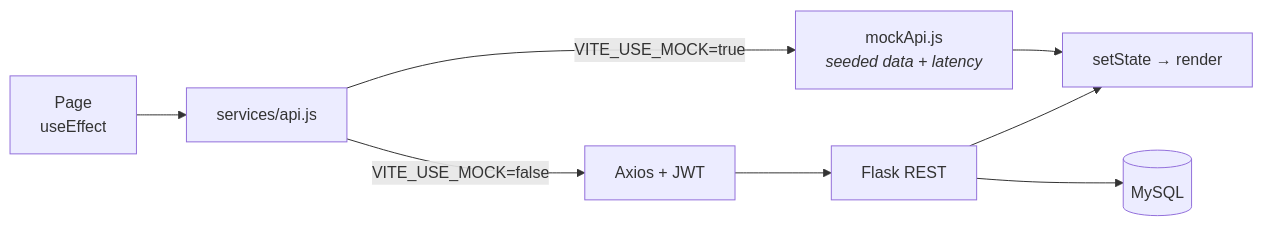
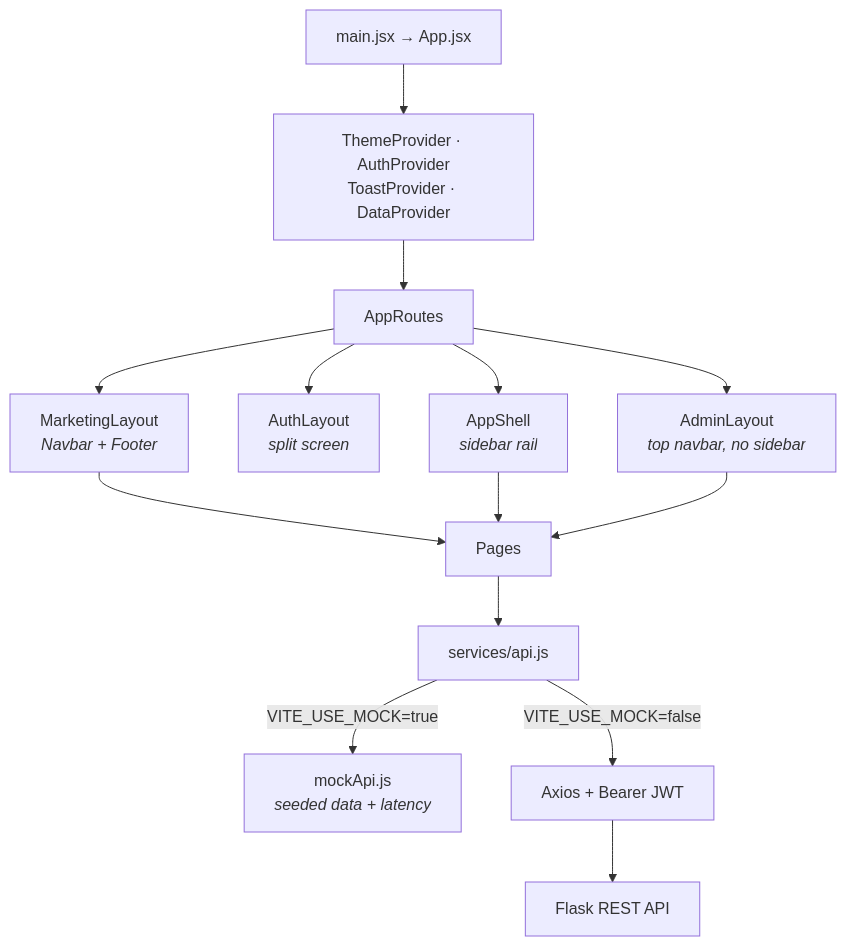
The second of 2 diagrams in README.md (git-rifa26/InsightMart), drawn with Mermaid before and after one commit. The commit also changed other lines of this file and 19 other files, not shown here.

Commit message:
admin portal layout is changed

````diff
--- a/README.md
+++ b/README.md
@@ -145,8 +95,16 @@
 ```mermaid
-flowchart LR
-    PG["Page<br/>useEffect"] --> GW["services/api.js"]
-    GW -->|VITE_USE_MOCK=true| MK["mockApi.js<br/><i>seeded data + latency</i>"]
-    GW -->|VITE_USE_MOCK=false| AX["Axios + JWT"] --> FL["Flask REST"] --> DB[("MySQL")]
-    MK --> ST["setState → render"]
-    FL --> ST
+flowchart TB
+    M["main.jsx → App.jsx"]
+    M --> P["ThemeProvider · AuthProvider<br/>ToastProvider · DataProvider"]
+    P --> R["AppRoutes"]
+    R --> L1["MarketingLayout<br/><i>Navbar + Footer</i>"]
+    R --> L2["AuthLayout<br/><i>split screen</i>"]
+    R --> L3["AppShell<br/><i>sidebar rail</i>"]
+    R --> L4["AdminLayout<br/><i>top navbar, no sidebar</i>"]
+    L1 --> PG["Pages"]
+    L3 --> PG
+    L4 --> PG
+    PG --> G["services/api.js"]
+    G -->|VITE_USE_MOCK=true| MK["mockApi.js<br/><i>seeded data + latency</i>"]
+    G -->|VITE_USE_MOCK=false| AX["Axios + Bearer JWT"] --> F["Flask REST API"]
 ```
````
